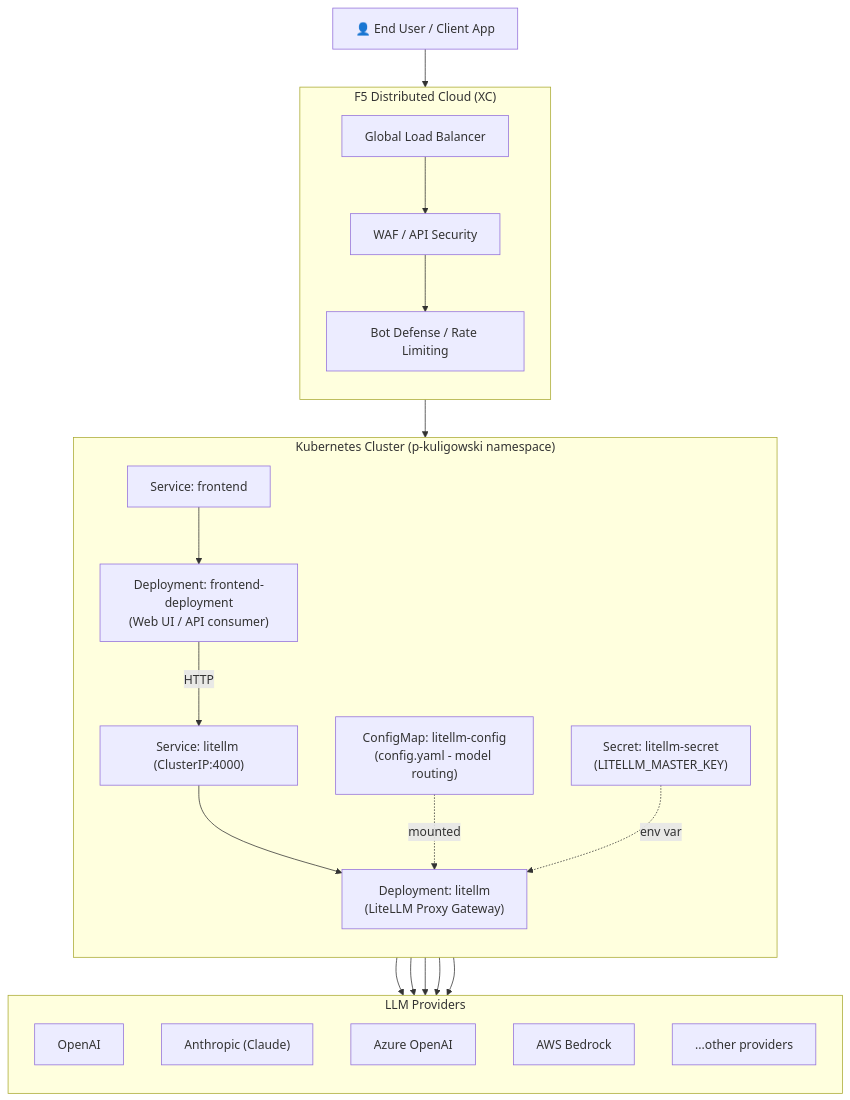
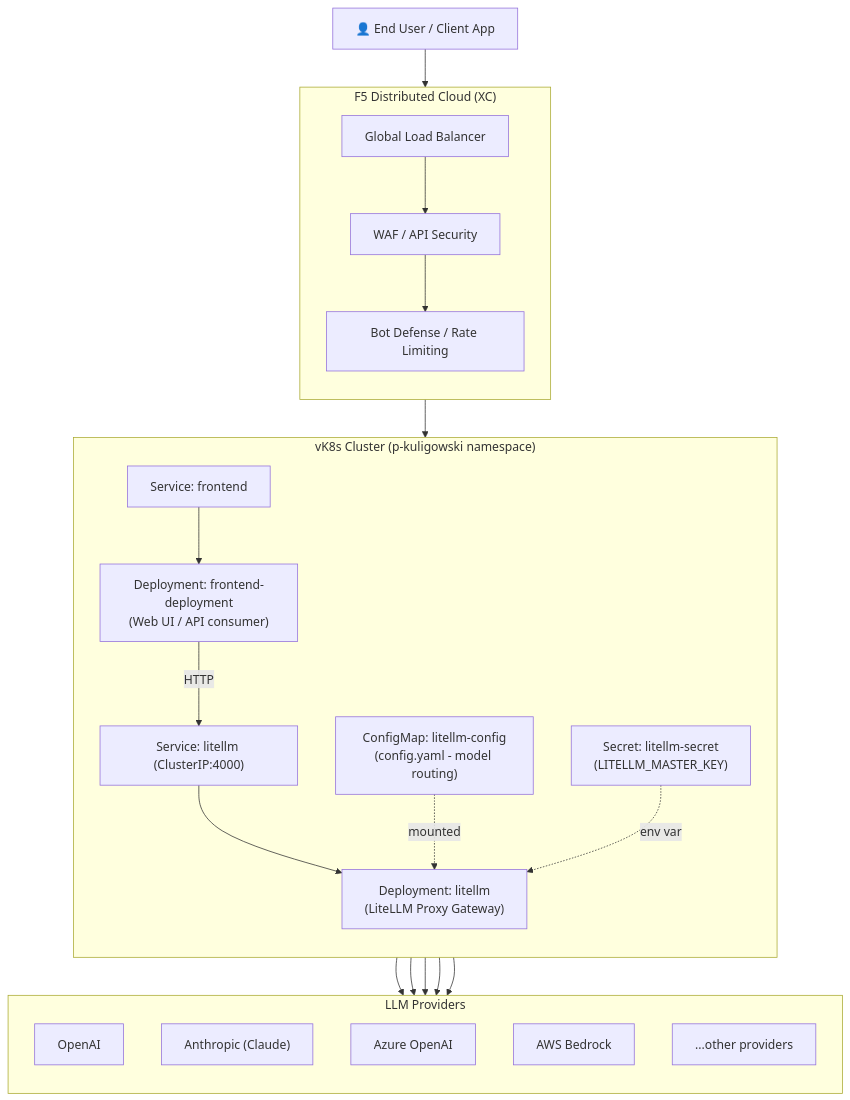
One commit to pavbjj/Tech-Summit changed the diagram in README.md. Above: the diagram before and after it, drawn with Mermaid.

````diff
--- a/README.md
+++ b/README.md
@@ -9,45 +9,45 @@
 ```mermaid
 flowchart TB
     User["👤 End User / Client App"]
 
     subgraph F5["F5 Distributed Cloud (XC)"]
         direction TB
         LB["Global Load Balancer"]
         WAF["WAF / API Security"]
         BOT["Bot Defense / Rate Limiting"]
         LB --> WAF --> BOT
     end
 
-    subgraph K8S["Kubernetes Cluster (p-kuligowski namespace)"]
+    subgraph K8S["vK8s Cluster (p-kuligowski namespace)"]
         direction TB
         SVC_FE["Service: frontend"]
         FE["Deployment: frontend-deployment\n(Web UI / API consumer)"]
         SVC_LLM["Service: litellm (ClusterIP:4000)"]
         LLM["Deployment: litellm\n(LiteLLM Proxy Gateway)"]
         CM["ConfigMap: litellm-config\n(config.yaml - model routing)"]
         SEC["Secret: litellm-secret\n(LITELLM_MASTER_KEY)"]
 
         SVC_FE --> FE
         FE -->|HTTP| SVC_LLM
         SVC_LLM --> LLM
         CM -.mounted.-> LLM
         SEC -.env var.-> LLM
     end
 
     subgraph Providers["LLM Providers"]
         direction TB
         OpenAI["OpenAI"]
         Anthropic["Anthropic (Claude)"]
         Azure["Azure OpenAI"]
         Bedrock["AWS Bedrock"]
         Other["...other providers"]
     end
 
     User --> LB
     BOT --> SVC_FE
     LLM --> OpenAI
     LLM --> Anthropic
     LLM --> Azure
     LLM --> Bedrock
     LLM --> Other
 ```
````
